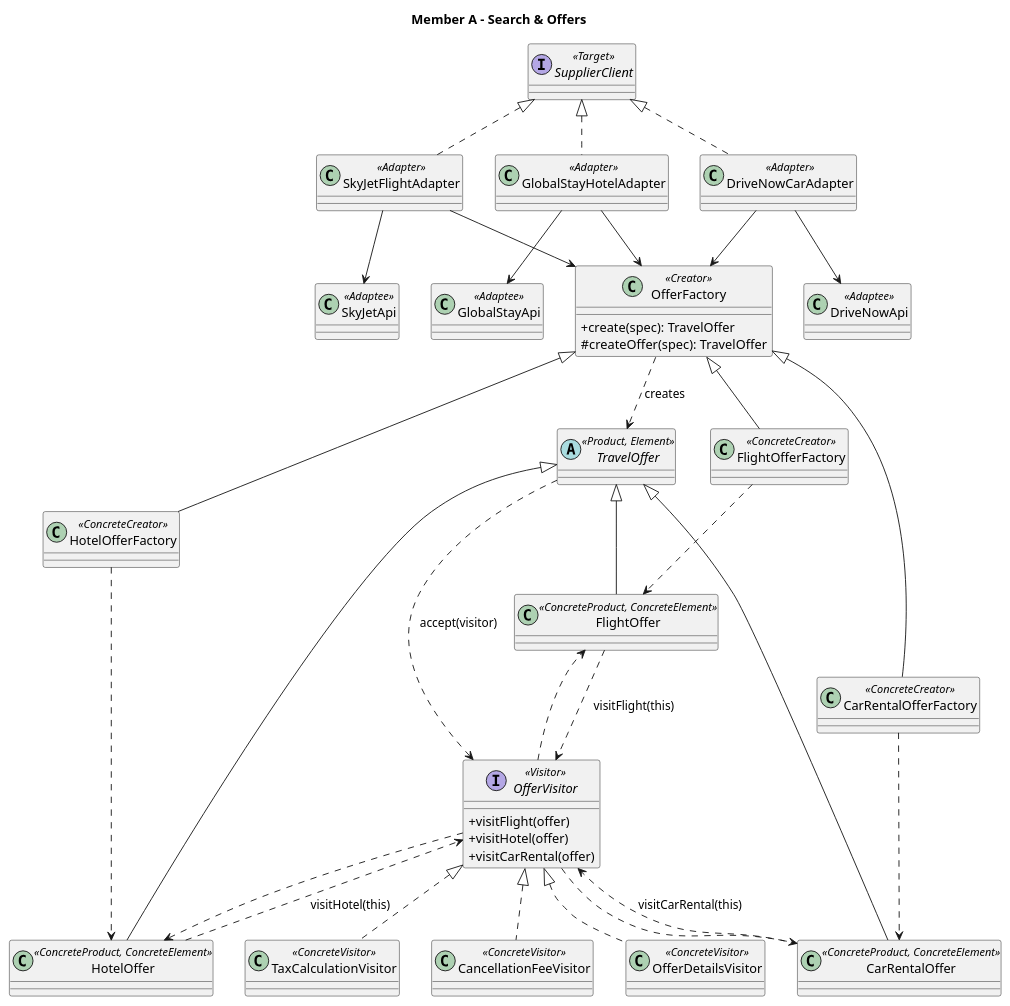
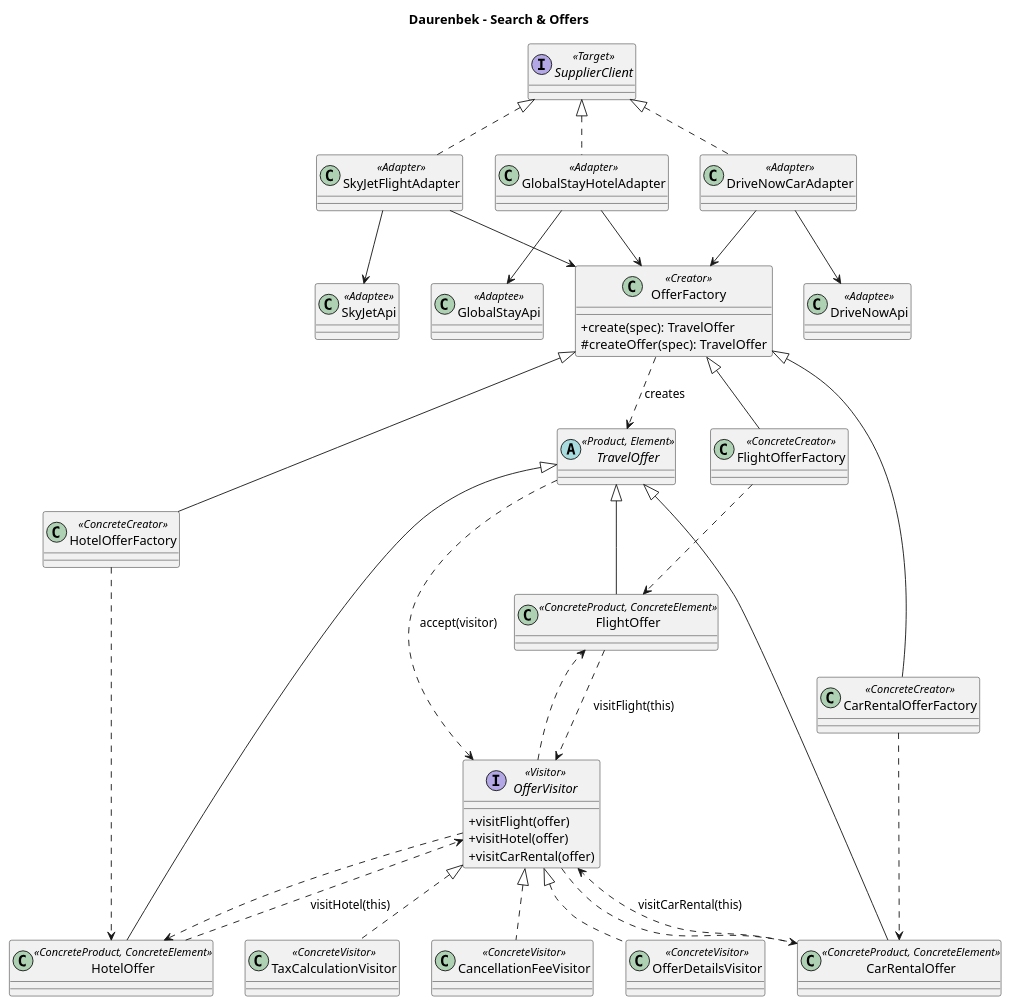
Before and after one commit to DaurenbekGit/TravelBookingEngine: the diagram in docs/uml/member-a-search-offers.puml, drawn with PlantUML. The commit also changed 26 other files, not shown here.

Commit message:
Document search and offers module in README

```diff
--- a/docs/uml/member-a-search-offers.puml
+++ b/docs/uml/member-a-search-offers.puml
@@ -1,60 +1,60 @@
 @startuml
-' Owner: Member A
+' Owner: Daurenbek
 skinparam classAttributeIconSize 0
-title Member A - Search & Offers
+title Daurenbek - Search & Offers
 class OfferFactory <<Creator>> {
   +create(spec): TravelOffer
   #createOffer(spec): TravelOffer
 }
 class FlightOfferFactory <<ConcreteCreator>>
 class HotelOfferFactory <<ConcreteCreator>>
 class CarRentalOfferFactory <<ConcreteCreator>>
 abstract class TravelOffer <<Product, Element>>
 class FlightOffer <<ConcreteProduct, ConcreteElement>>
 class HotelOffer <<ConcreteProduct, ConcreteElement>>
 class CarRentalOffer <<ConcreteProduct, ConcreteElement>>
 OfferFactory <|-- FlightOfferFactory
 OfferFactory <|-- HotelOfferFactory
 OfferFactory <|-- CarRentalOfferFactory
 TravelOffer <|-- FlightOffer
 TravelOffer <|-- HotelOffer
 TravelOffer <|-- CarRentalOffer
 OfferFactory ..> TravelOffer : creates
 FlightOfferFactory ..> FlightOffer
 HotelOfferFactory ..> HotelOffer
 CarRentalOfferFactory ..> CarRentalOffer
 interface SupplierClient <<Target>>
 class SkyJetFlightAdapter <<Adapter>>
 class GlobalStayHotelAdapter <<Adapter>>
 class DriveNowCarAdapter <<Adapter>>
 class SkyJetApi <<Adaptee>>
 class GlobalStayApi <<Adaptee>>
 class DriveNowApi <<Adaptee>>
 SupplierClient <|.. SkyJetFlightAdapter
 SupplierClient <|.. GlobalStayHotelAdapter
 SupplierClient <|.. DriveNowCarAdapter
 SkyJetFlightAdapter --> SkyJetApi
 GlobalStayHotelAdapter --> GlobalStayApi
 DriveNowCarAdapter --> DriveNowApi
 SkyJetFlightAdapter --> OfferFactory
 GlobalStayHotelAdapter --> OfferFactory
 DriveNowCarAdapter --> OfferFactory
 interface OfferVisitor <<Visitor>> {
   +visitFlight(offer)
   +visitHotel(offer)
   +visitCarRental(offer)
 }
 class TaxCalculationVisitor <<ConcreteVisitor>>
 class CancellationFeeVisitor <<ConcreteVisitor>>
 class OfferDetailsVisitor <<ConcreteVisitor>>
 OfferVisitor <|.. TaxCalculationVisitor
 OfferVisitor <|.. CancellationFeeVisitor
 OfferVisitor <|.. OfferDetailsVisitor
 TravelOffer ..> OfferVisitor : accept(visitor)
 FlightOffer ..> OfferVisitor : visitFlight(this)
 HotelOffer ..> OfferVisitor : visitHotel(this)
 CarRentalOffer ..> OfferVisitor : visitCarRental(this)
 OfferVisitor ..> FlightOffer
 OfferVisitor ..> HotelOffer
 OfferVisitor ..> CarRentalOffer
 @enduml
```
